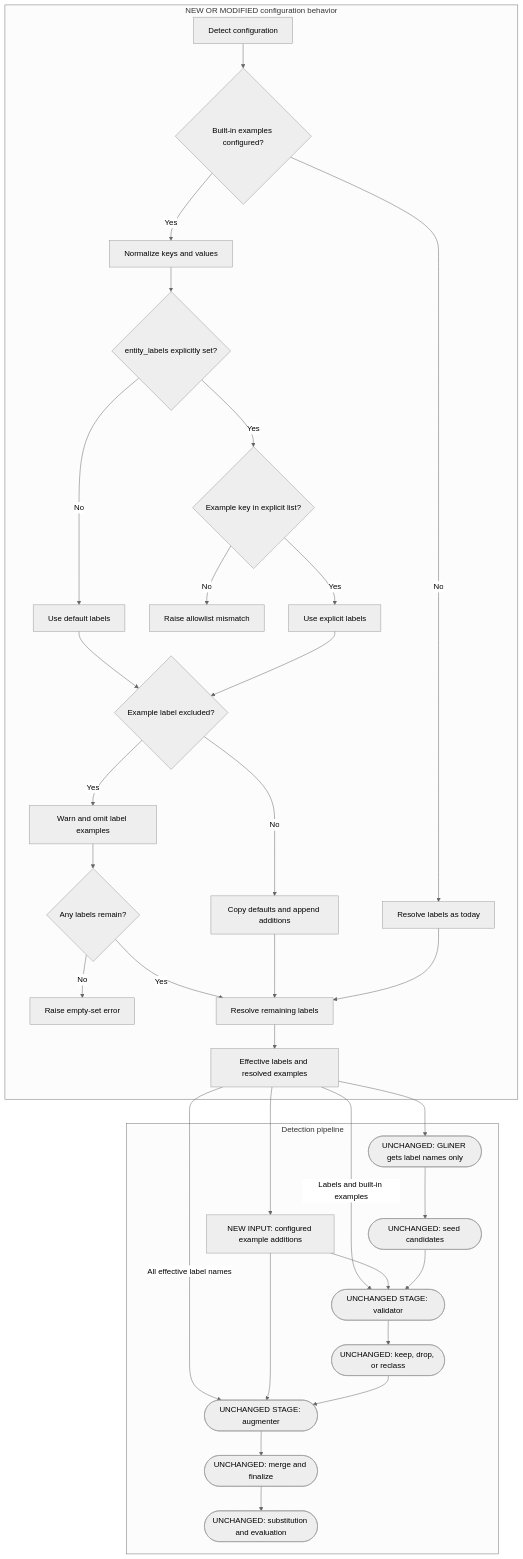
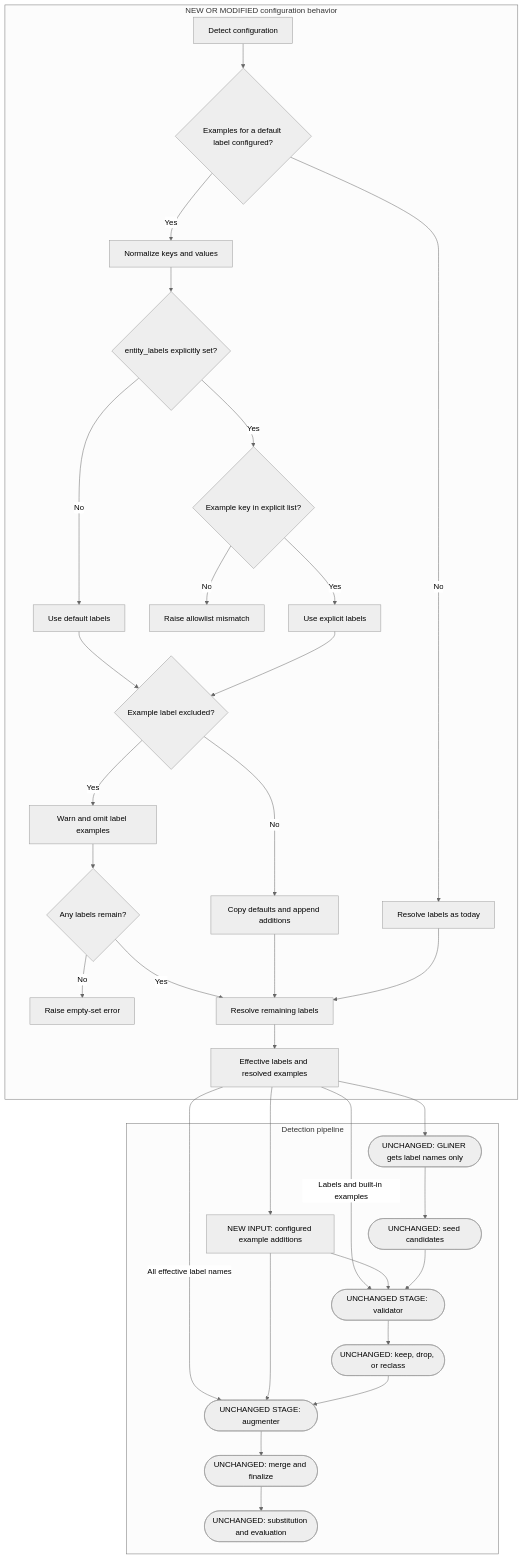
One commit to NVIDIA-NeMo/Anonymizer changed the first of 3 diagrams in plans/259-add-entity-label-examples.md. Above: the diagram before and after it, drawn with Mermaid (neutral theme). The commit also changed other lines of this file and 1 other file, not shown here.

````diff
--- a/plans/259-add-entity-label-examples.md
+++ b/plans/259-add-entity-label-examples.md
@@ -70,38 +78,38 @@
 ```mermaid
 flowchart TB
     subgraph builtConfig [NEW OR MODIFIED configuration behavior]
-        BuiltStart["Detect configuration"] --> BuiltExamples{"Built-in examples configured?"}
+        BuiltStart["Detect configuration"] --> BuiltExamples{"Examples for a default label configured?"}
         BuiltExamples -->|"No"| BuiltCurrent["Resolve labels as today"]
         BuiltExamples -->|"Yes"| BuiltNormalize["Normalize keys and values"]
         BuiltNormalize --> BuiltExplicit{"entity_labels explicitly set?"}
         BuiltExplicit -->|"No"| BuiltDefaults["Use default labels"]
         BuiltExplicit -->|"Yes"| BuiltListed{"Example key in explicit list?"}
         BuiltListed -->|"No"| BuiltMismatch["Raise allowlist mismatch"]
         BuiltListed -->|"Yes"| BuiltSelected["Use explicit labels"]
         BuiltDefaults --> BuiltExcluded{"Example label excluded?"}
         BuiltSelected --> BuiltExcluded
         BuiltExcluded -->|"Yes"| BuiltWarn["Warn and omit label examples"]
         BuiltWarn --> BuiltRemaining{"Any labels remain?"}
         BuiltRemaining -->|"No"| BuiltEmpty["Raise empty-set error"]
         BuiltRemaining -->|"Yes"| BuiltResolve["Resolve remaining labels"]
         BuiltExcluded -->|"No"| BuiltMerge["Copy defaults and append additions"]
         BuiltMerge --> BuiltResolve
         BuiltCurrent --> BuiltResolve
         BuiltResolve --> BuiltOntology["Effective labels and resolved examples"]
     end
 
     subgraph builtPipeline [Detection pipeline]
         BuiltOntology --> BuiltGliner(["UNCHANGED: GLiNER gets label names only"])
         BuiltGliner --> BuiltCandidates(["UNCHANGED: seed candidates"])
         BuiltOntology -->|"Labels and built-in examples"| BuiltValidator(["UNCHANGED STAGE: validator"])
         BuiltOntology --> BuiltConfigured["NEW INPUT: configured example additions"]
         BuiltConfigured --> BuiltValidator
         BuiltCandidates --> BuiltValidator
         BuiltValidator --> BuiltDecisions(["UNCHANGED: keep, drop, or reclass"])
         BuiltOntology -->|"All effective label names"| BuiltAugmenter(["UNCHANGED STAGE: augmenter"])
         BuiltConfigured --> BuiltAugmenter
         BuiltDecisions --> BuiltAugmenter
         BuiltAugmenter --> BuiltFinal(["UNCHANGED: merge and finalize"])
         BuiltFinal --> BuiltDownstream(["UNCHANGED: substitution and evaluation"])
     end
 ```
````
